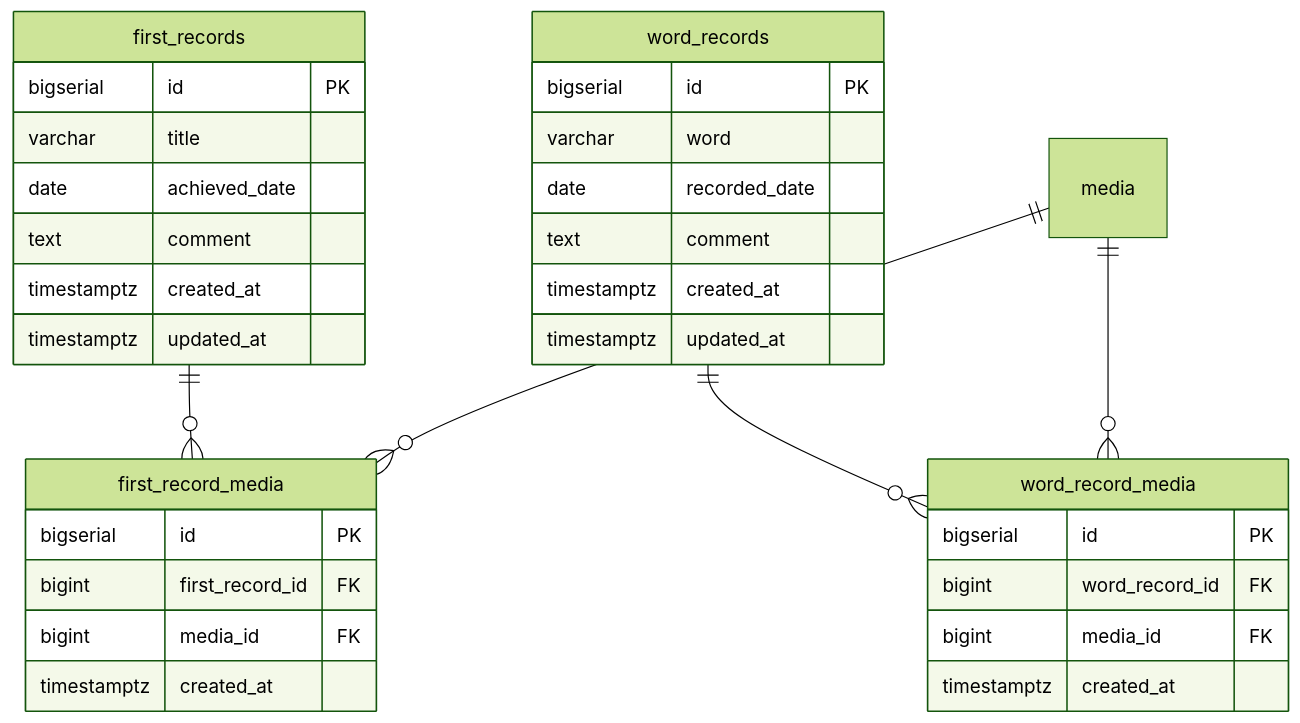
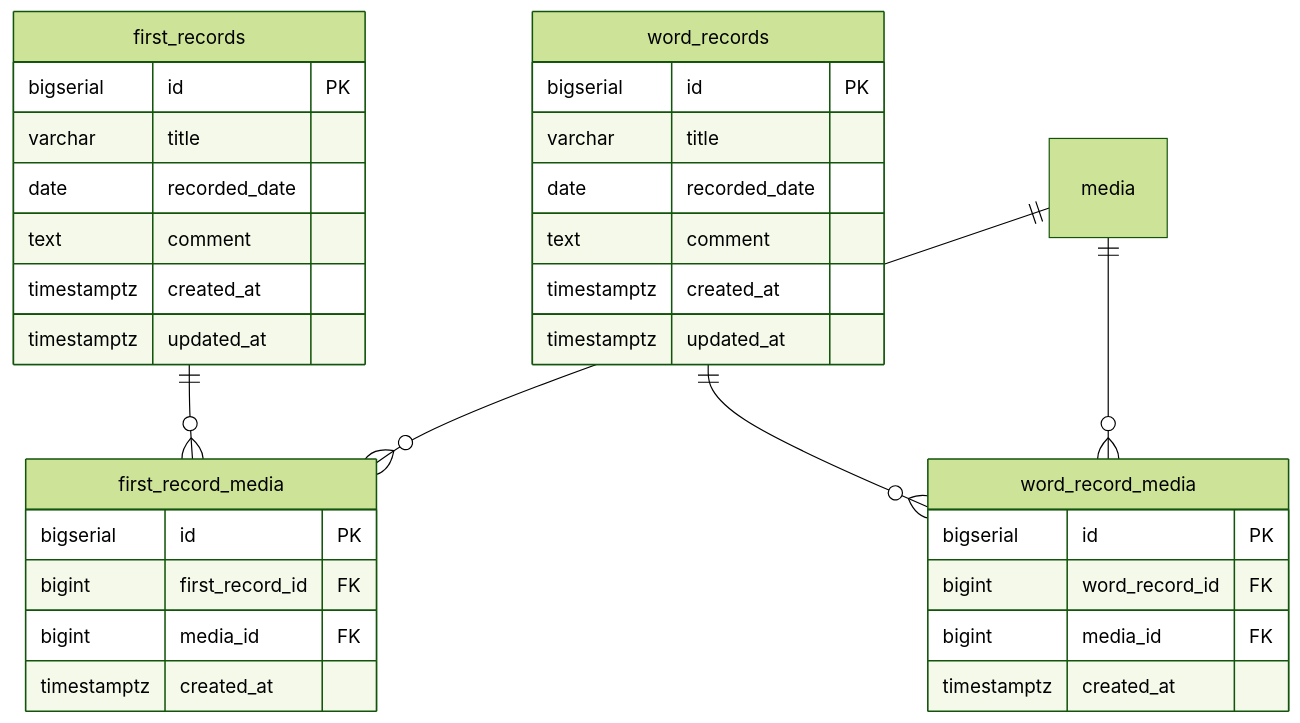
Before and after one commit to sakurai1126/chii-piyo: the fourth of 5 diagrams in docs/er-diagram.md, drawn with Mermaid (forest theme). The commit also changed 41 other files, not shown here.

````diff
--- a/docs/er-diagram.md
+++ b/docs/er-diagram.md
@@ -182,39 +182,39 @@
 ```mermaid
 erDiagram
     first_records {
         bigserial id PK
         varchar title
-        date achieved_date
+        date recorded_date
         text comment
         timestamptz created_at
         timestamptz updated_at
     }
 
     word_records {
         bigserial id PK
-        varchar word
+        varchar title
         date recorded_date
         text comment
         timestamptz created_at
         timestamptz updated_at
     }
 
     first_record_media {
         bigserial id PK
         bigint first_record_id FK
         bigint media_id FK
         timestamptz created_at
     }
 
     word_record_media {
         bigserial id PK
         bigint word_record_id FK
         bigint media_id FK
         timestamptz created_at
     }
 
     first_records ||--o{ first_record_media : ""
     word_records ||--o{ word_record_media : ""
     media ||--o{ first_record_media : ""
     media ||--o{ word_record_media : ""
 ```
````
